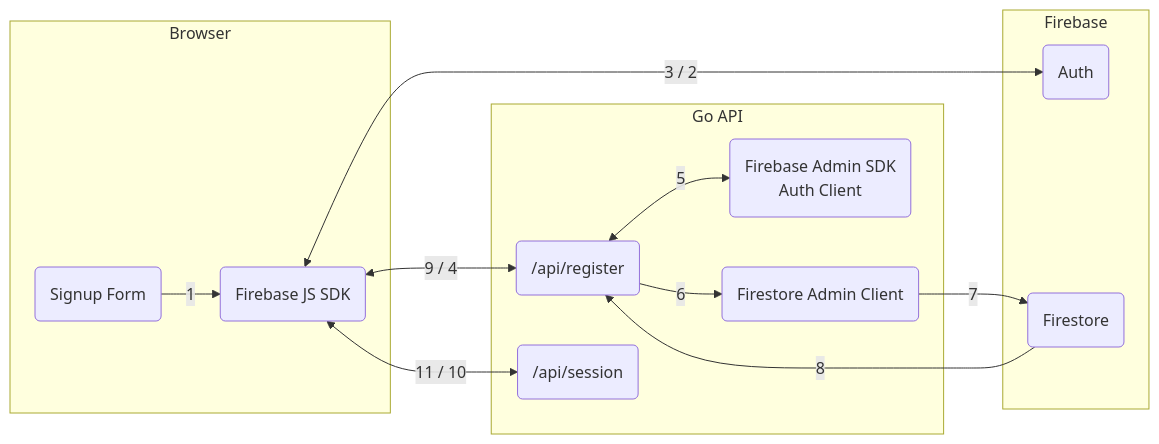
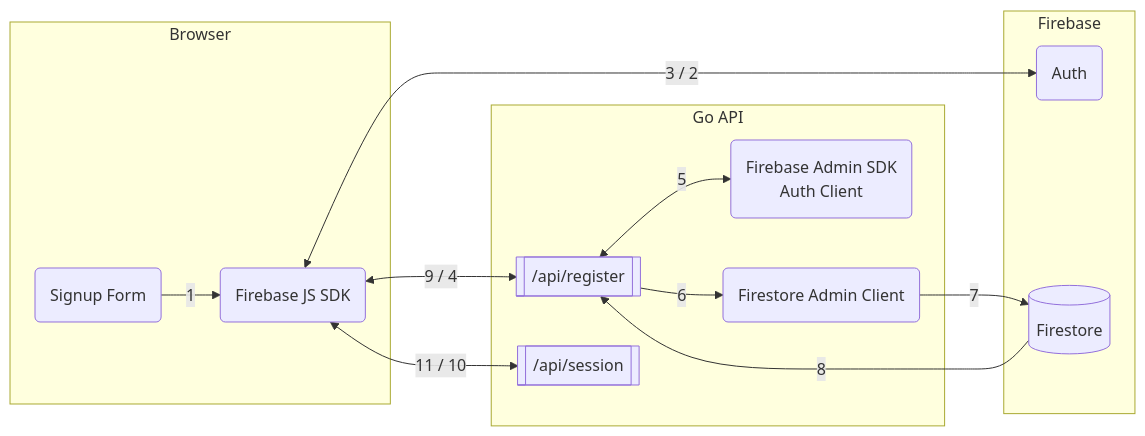
Before and after one commit to cheomanigua/bwadocs: the first of 5 diagrams in content/docs/authentication.md, drawn with Mermaid. The commit also changed other lines of this file and 3 other files, not shown here.

````diff
--- a/content/docs/authentication.md
+++ b/content/docs/authentication.md
@@ -173,25 +173,25 @@
 ```mermaid
 flowchart LR
     subgraph Browser
         form(Signup Form)
         js(Firebase JS SDK)
     end
     subgraph Firebase
         auth(Auth)
-        db(Firestore)
+        db[(Firestore)]
     end
     subgraph Go API
-        apires(/api/register)
-        apises(/api/session)
+        apires[[/api/register]]
+        apises[[/api/session]]
         authc(Firebase Admin SDK<br/>Auth Client)
         adminc(Firestore Admin Client)
     end
     form --"1"--> js
     js <-- "3 / 2" --> auth
     js <--"9 / 4"--> apires
     apires <--"5"--> authc
     apires --"6"--> adminc
     adminc --7--> db
     db --8--> apires
     js <--"11 / 10"--> apises
 ```
````
